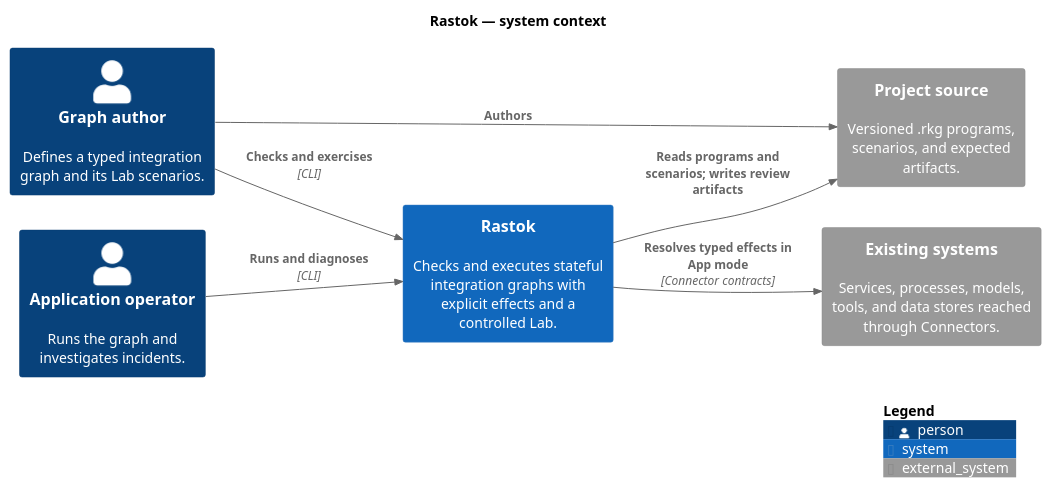
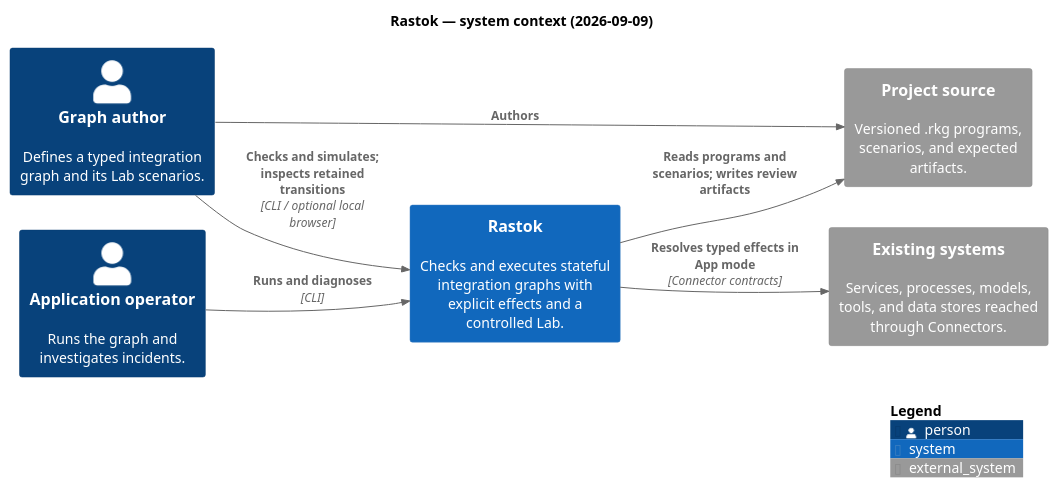
Before and after one commit to rastok-io/rastok: the diagram in docs/architecture/01-system-context.puml, drawn with PlantUML. The commit also changed 51 other files, not shown here.

```diff
--- a/docs/architecture/01-system-context.puml
+++ b/docs/architecture/01-system-context.puml
@@ -1,21 +1,22 @@
 @startuml 01-system-context
+skinparam backgroundColor white
 !include <C4/C4_Context>
 
 LAYOUT_LEFT_RIGHT()
-title Rastok — system context
+title Rastok — system context (2026-09-09)
 
 Person(author, "Graph author", "Defines a typed integration graph and its Lab scenarios.")
 Person(operator, "Application operator", "Runs the graph and investigates incidents.")
 
 System(rastok, "Rastok", "Checks and executes stateful integration graphs with explicit effects and a controlled Lab.")
 System_Ext(systems, "Existing systems", "Services, processes, models, tools, and data stores reached through Connectors.")
 System_Ext(project, "Project source", "Versioned .rkg programs, scenarios, and expected artifacts.")
 
 Rel(author, project, "Authors")
-Rel(author, rastok, "Checks and exercises", "CLI")
+Rel(author, rastok, "Checks and simulates; inspects retained transitions", "CLI / optional local browser")
 Rel(operator, rastok, "Runs and diagnoses", "CLI")
 Rel(rastok, project, "Reads programs and scenarios; writes review artifacts")
 Rel(rastok, systems, "Resolves typed effects in App mode", "Connector contracts")
 
 SHOW_LEGEND()
 @enduml
```
